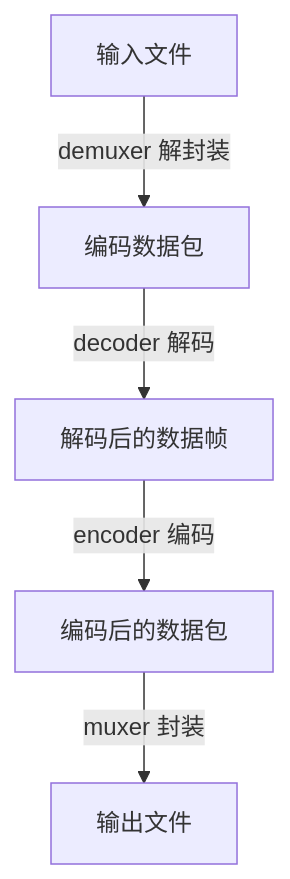
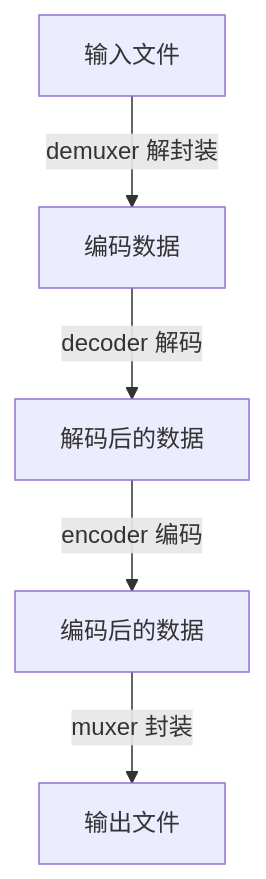
The fifth of 5 diagrams in audio_video_notes.md (MachunMC/audio_video), drawn with Mermaid before and after one commit. The commit also changed other lines of this file, not shown here.

````diff
--- a/audio_video_notes.md
+++ b/audio_video_notes.md
@@ -509,8 +509,8 @@
 ```mermaid
 graph TB
 
-A[输入文件] --> |demuxer 解封装| B[编码数据包]
-B --> |decoder 解码| C[解码后的数据帧]
-C --> |encoder 编码| D[编码后的数据包]
+A[输入文件] --> |demuxer 解封装| B[编码数据]
+B --> |decoder 解码| C[解码后的数据]
+C --> |encoder 编码| D[编码后的数据]
 D --> |muxer 封装| E[输出文件]
 ```
````
